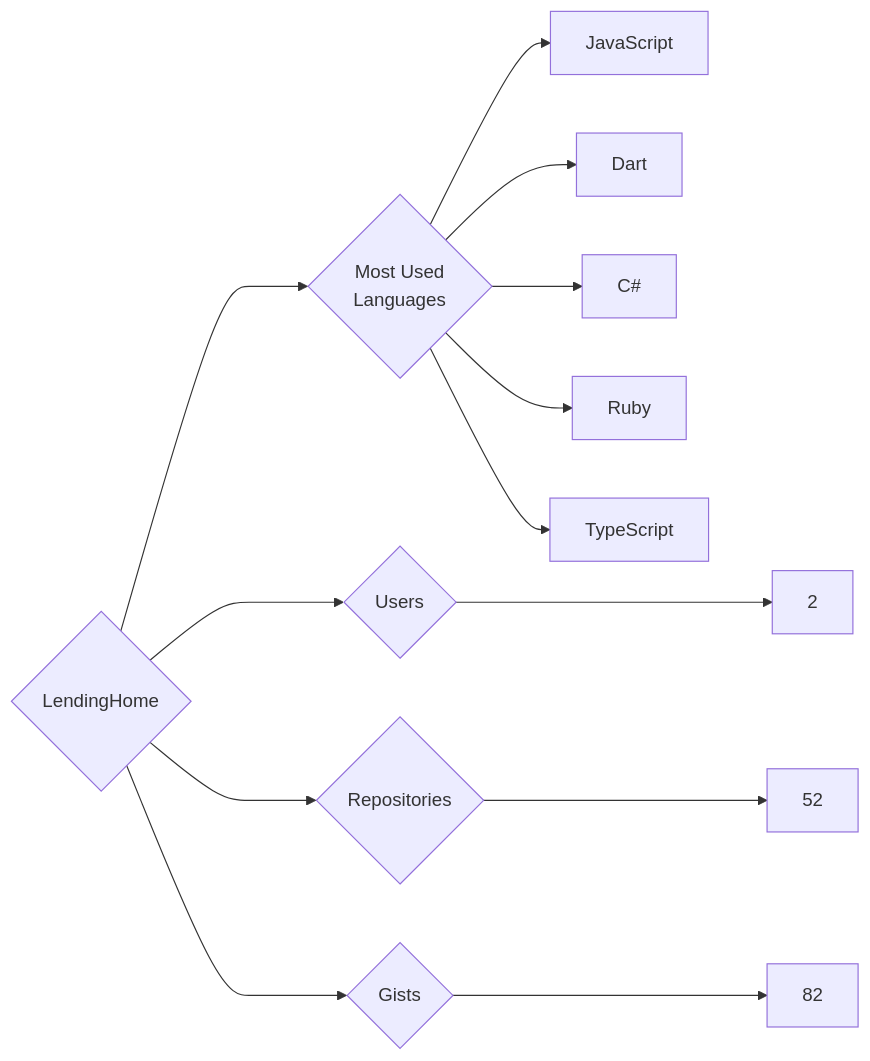
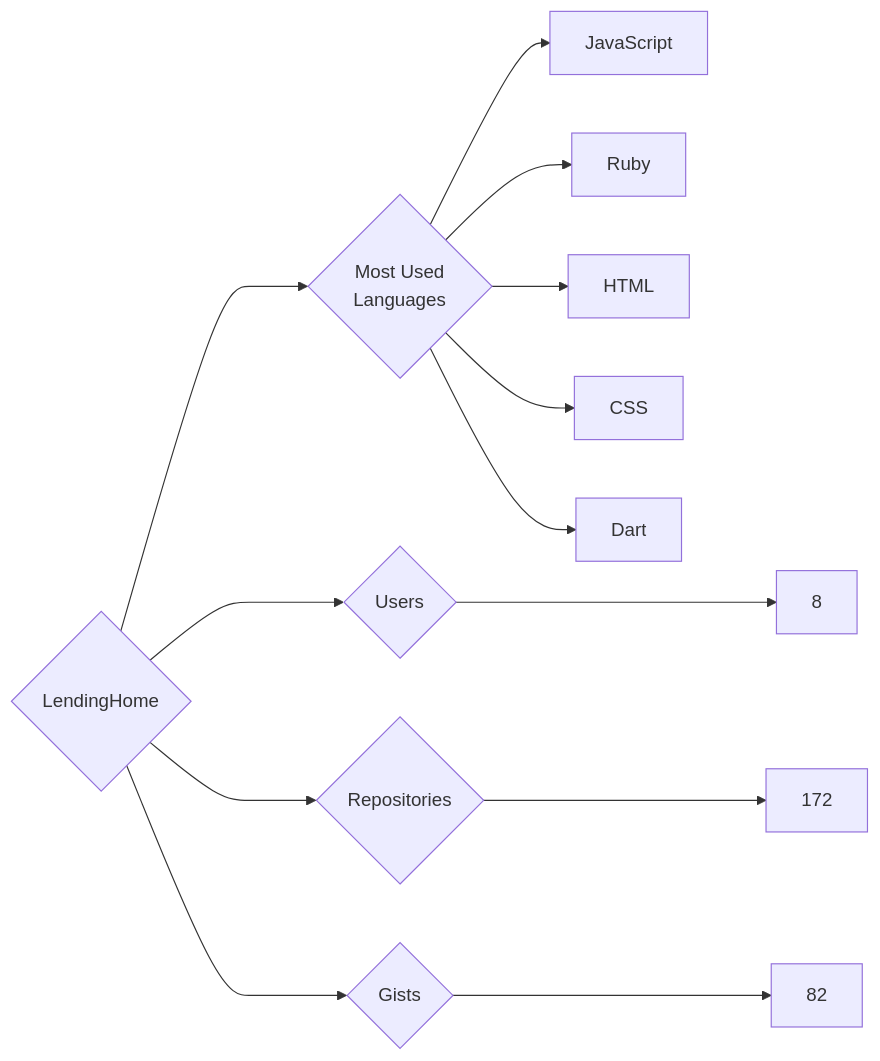
One commit to trickest/insiders changed the diagram in targets/LendingHome/README.md. Above: the diagram before and after it, drawn with Mermaid. The commit also changed 838 other files, not shown here.

````diff
--- a/targets/LendingHome/README.md
+++ b/targets/LendingHome/README.md
@@ -3,13 +3,13 @@
 ```mermaid
 graph LR
 COMPANY_NAME{LendingHome}
-COMPANY_NAME ---> U{Users} ---> UN[2]
-COMPANY_NAME ---> R{Repositories} ---> RN[52]
+COMPANY_NAME ---> U{Users} ---> UN[8]
+COMPANY_NAME ---> R{Repositories} ---> RN[172]
 COMPANY_NAME ---> G{Gists} ---> GN[82]
 COMPANY_NAME ---> ML{Most Used<br>Languages}
 ML --> JavaScript[JavaScript]
+ML --> Ruby[Ruby]
+ML --> HTML[HTML]
+ML --> CSS[CSS]
 ML --> Dart[Dart]
-ML --> C#[C#]
-ML --> Ruby[Ruby]
-ML --> TypeScript[TypeScript]
 ```
````
